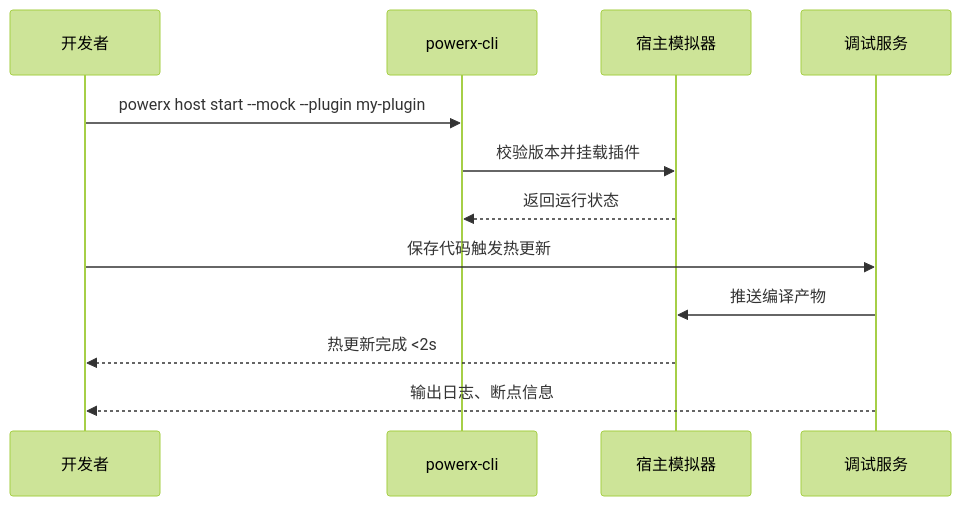
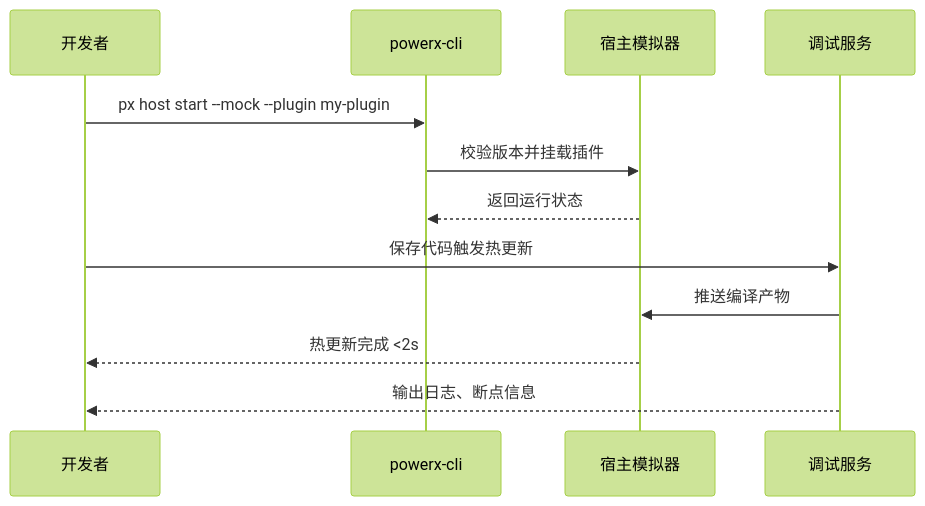
One commit to ArtisanCloud/PowerX changed the diagram in docs/use_cases/_from_hub/SCN-DEV-PLUGIN-DEBUG-001/SCN-DEV-PLUGIN-HOT-RELOAD-001.md. Above: the diagram before and after it, drawn with Mermaid (forest theme). The commit also changed other lines of this file and 50 other files, not shown here.

````diff
--- a/docs/use_cases/_from_hub/SCN-DEV-PLUGIN-DEBUG-001/SCN-DEV-PLUGIN-HOT-RELOAD-001.md
+++ b/docs/use_cases/_from_hub/SCN-DEV-PLUGIN-DEBUG-001/SCN-DEV-PLUGIN-HOT-RELOAD-001.md
@@ -50,15 +50,15 @@
 ```mermaid
 sequenceDiagram
   participant Dev as 开发者
   participant CLI as powerx-cli
   participant Host as 宿主模拟器
   participant Debug as 调试服务
 
-  Dev->>CLI: powerx host start --mock --plugin my-plugin
+  Dev->>CLI: px host start --mock --plugin my-plugin
   CLI->>Host: 校验版本并挂载插件
   Host-->>CLI: 返回运行状态
   Dev->>Debug: 保存代码触发热更新
   Debug->>Host: 推送编译产物
   Host-->>Dev: 热更新完成 <2s
   Debug-->>Dev: 输出日志、断点信息
 ```
````
